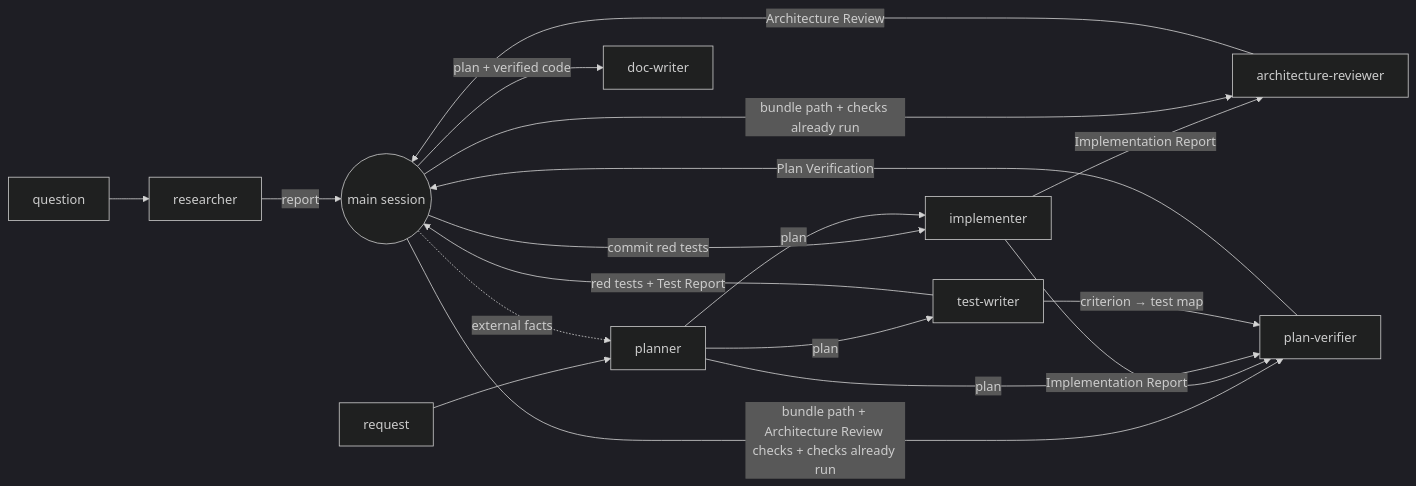
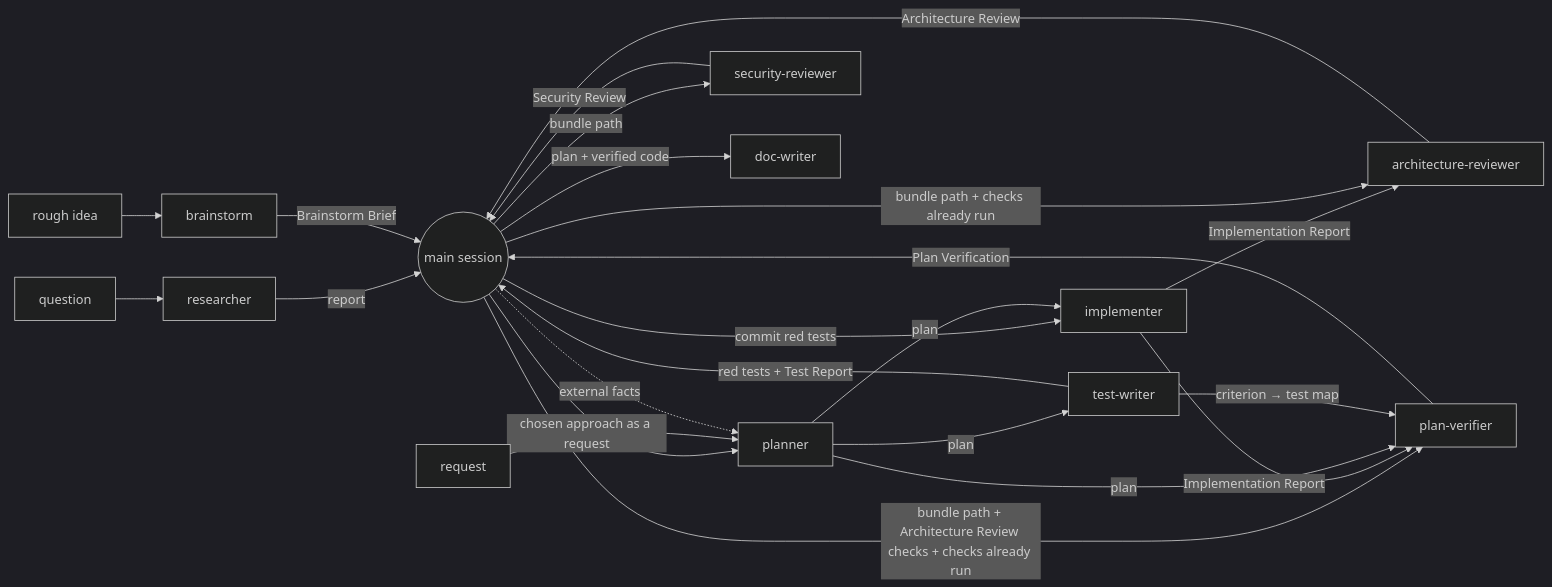
One commit to HlibHav/dev-digest changed the diagram in .claude/agents/README.md. Above: the diagram before and after it, drawn with Mermaid (dark theme). The commit also changed other lines of this file and 8 other files, not shown here.

First line of the commit message:
feat(agents): add brainstorm and read-only security-reviewer

````diff
--- a/.claude/agents/README.md
+++ b/.claude/agents/README.md
@@ -31,19 +33,23 @@
 ```mermaid
 flowchart LR
   Q[question] --> R[researcher] -- report --> S((main session))
+  IDEA[rough idea] --> B[brainstorm] -- Brainstorm Brief --> S
+  S -- chosen approach as a request --> P
   REQ[request] --> P[planner]
   S -. external facts .-> P
   P -- plan --> TW[test-writer]
   TW -- red tests + Test Report --> S
   S -- commit red tests --> I[implementer]
   P -- plan --> I
   I -- Implementation Report --> AR[architecture-reviewer]
   S -- bundle path + checks already run --> AR
   AR -- Architecture Review --> S
   S -- bundle path + Architecture Review checks + checks already run --> PV[plan-verifier]
   I -- Implementation Report --> PV
   P -- plan --> PV
   TW -- criterion → test map --> PV
   PV -- Plan Verification --> S
+  S -- bundle path --> SR[security-reviewer]
+  SR -- Security Review --> S
   S -- plan + verified code --> DW[doc-writer]
 ```
````
